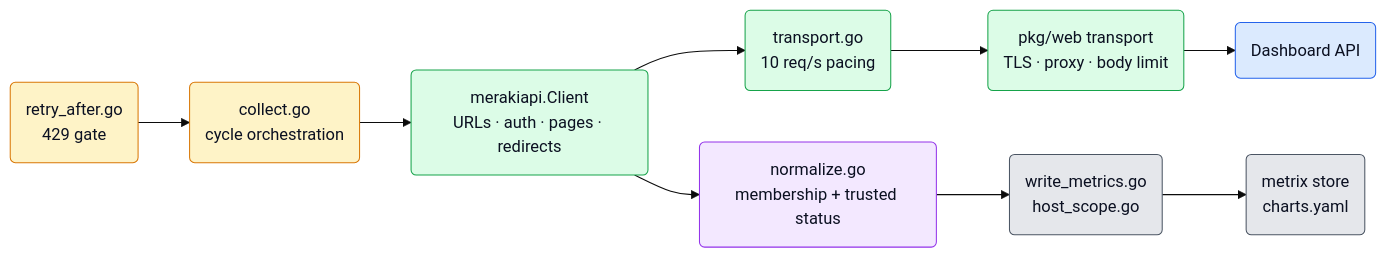
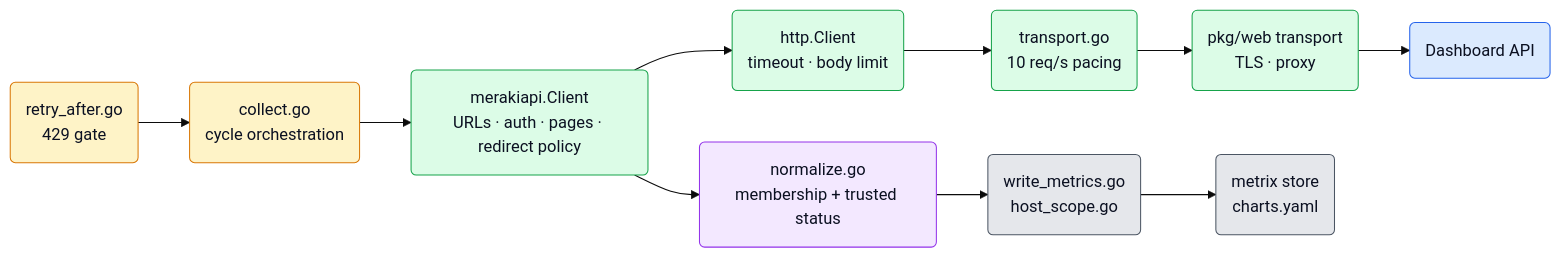
The second of 4 diagrams in src/go/plugin/go.d/collector/meraki/ARCHITECTURE.md (netdata/netdata), drawn with Mermaid (base theme) before and after one commit. The commit also changed other lines of this file and 1 other file, not shown here.

````diff
--- a/src/go/plugin/go.d/collector/meraki/ARCHITECTURE.md
+++ b/src/go/plugin/go.d/collector/meraki/ARCHITECTURE.md
@@ -91,26 +91,27 @@
 ```mermaid
 flowchart LR
     Collect("collect.go<br/>cycle orchestration")
     Gate("retry_after.go<br/>429 gate")
-    Client("merakiapi.Client<br/>URLs · auth · pages · redirects")
+    Client("merakiapi.Client<br/>URLs · auth · pages · redirect policy")
+    HTTP("http.Client<br/>timeout · body limit")
     Pace("transport.go<br/>10 req/s pacing")
-    Web("pkg/web transport<br/>TLS · proxy · body limit")
+    Web("pkg/web transport<br/>TLS · proxy")
     API("Dashboard API")
     Join("normalize.go<br/>membership + trusted status")
     Write("write_metrics.go<br/>host_scope.go")
     Store("metrix store<br/>charts.yaml")
 
-    Gate --> Collect --> Client --> Pace --> Web --> API
+    Gate --> Collect --> Client --> HTTP --> Pace --> Web --> API
     Client --> Join --> Write --> Store
 
     classDef ext fill:#dbeafe,stroke:#2563eb,color:#0b1021;
     classDef recv fill:#dcfce7,stroke:#16a34a,color:#0b1021;
     classDef mean fill:#f3e8ff,stroke:#9333ea,color:#0b1021;
     classDef out fill:#e5e7eb,stroke:#4b5563,color:#0b1021;
     classDef core fill:#fef3c7,stroke:#d97706,color:#0b1021;
     class API ext;
-    class Client,Pace,Web recv;
+    class Client,HTTP,Pace,Web recv;
     class Join mean;
     class Write,Store out;
     class Collect,Gate core;
 ```
````
